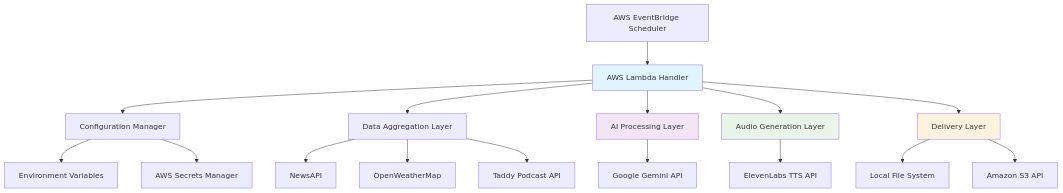
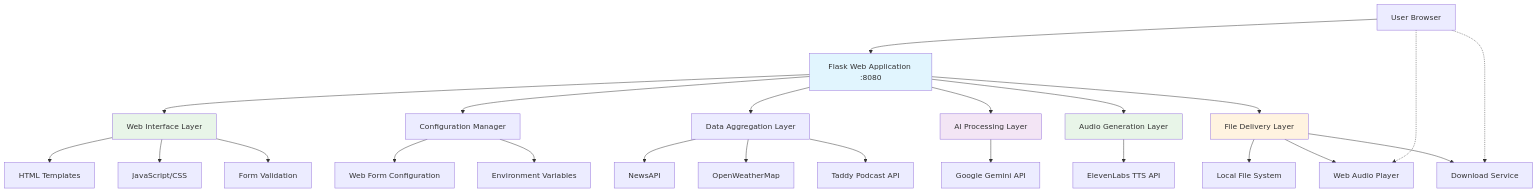
One commit to c0ld-w4ter/you-fm changed the first of 6 diagrams in TECHNICAL_DESIGN.md. Above: the diagram before and after it, drawn with Mermaid. The commit also changed other lines of this file and 22 other files, not shown here.

````diff
--- a/TECHNICAL_DESIGN.md
+++ b/TECHNICAL_DESIGN.md
@@ -26,28 +26,38 @@
 ```mermaid
 graph TB
-    A[AWS EventBridge Scheduler] --> B[AWS Lambda Handler]
-    B --> C[Configuration Manager]
-    B --> D[Data Aggregation Layer]
-    B --> E[AI Processing Layer]
-    B --> F[Audio Generation Layer]
-    B --> G[Delivery Layer]
+    A[User Browser] --> B[Flask Web Application :8080]
+    B --> C[Web Interface Layer]
+    B --> D[Configuration Manager]
+    B --> E[Data Aggregation Layer]
+    B --> F[AI Processing Layer]
+    B --> G[Audio Generation Layer]
+    B --> H[File Delivery Layer]
     
-    C --> H[Environment Variables]
-    C --> I[AWS Secrets Manager]
+    C --> C1[HTML Templates]
+    C --> C2[JavaScript/CSS]
+    C --> C3[Form Validation]
     
-    D --> J[NewsAPI]
-    D --> K[OpenWeatherMap]
-    D --> L[Taddy Podcast API]
+    D --> D1[Web Form Configuration]
+    D --> D2[Environment Variables]
     
-    E --> M[Google Gemini API]
+    E --> E1[NewsAPI]
+    E --> E2[OpenWeatherMap]
+    E --> E3[Taddy Podcast API]
     
-    F --> N[ElevenLabs TTS API]
+    F --> F1[Google Gemini API]
     
-    G --> O[Local File System]
-    G --> P[Amazon S3 API]
+    G --> G1[ElevenLabs TTS API]
+    
+    H --> H1[Local File System]
+    H --> H2[Web Audio Player]
+    H --> H3[Download Service]
+    
+    A -.-> H2
+    A -.-> H3
     
     style B fill:#e1f5fe
-    style E fill:#f3e5f5
-    style F fill:#e8f5e8
-    style G fill:#fff3e0
+    style C fill:#e8f5e8
+    style F fill:#f3e5f5
+    style G fill:#e8f5e8
+    style H fill:#fff3e0
 ```
````
